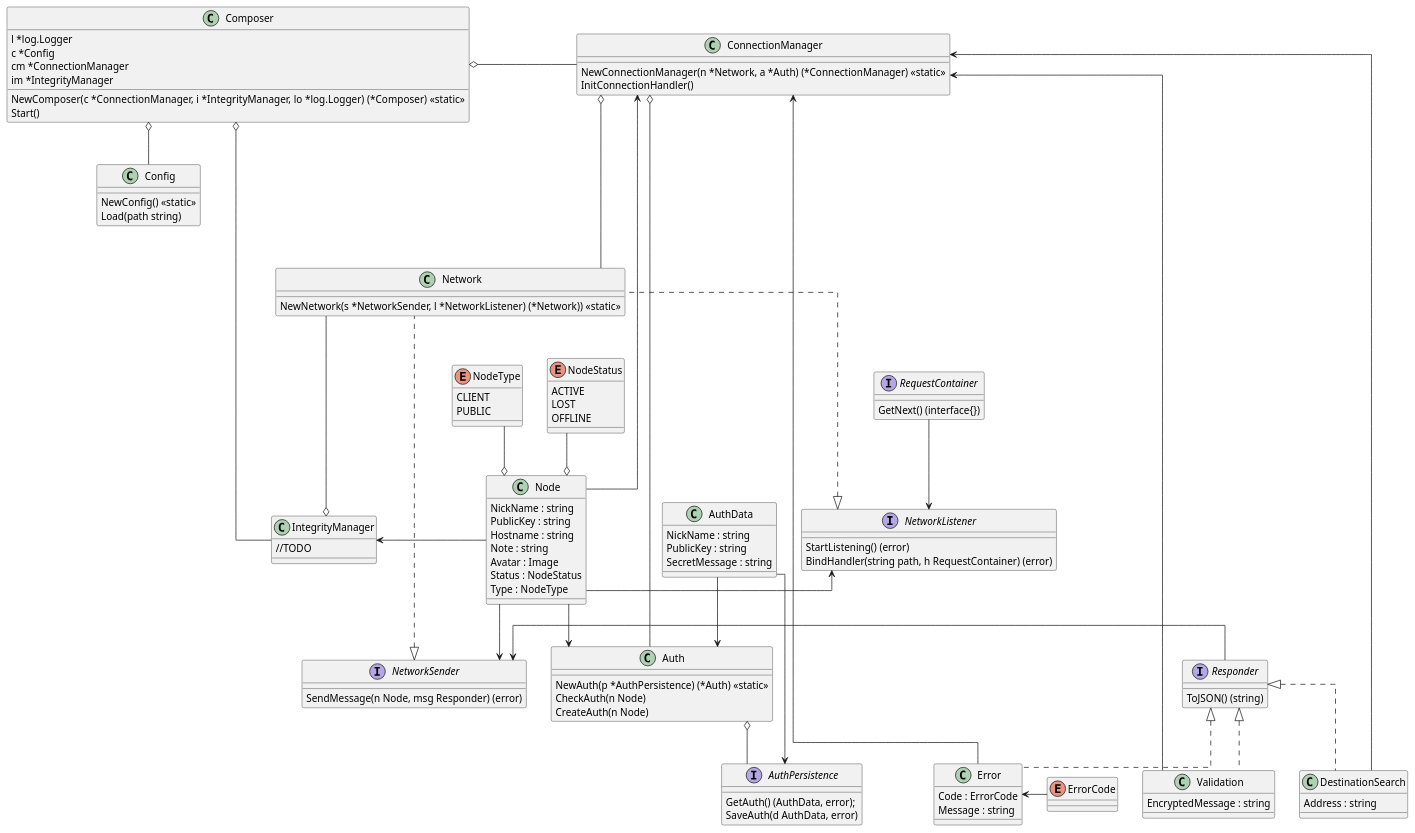
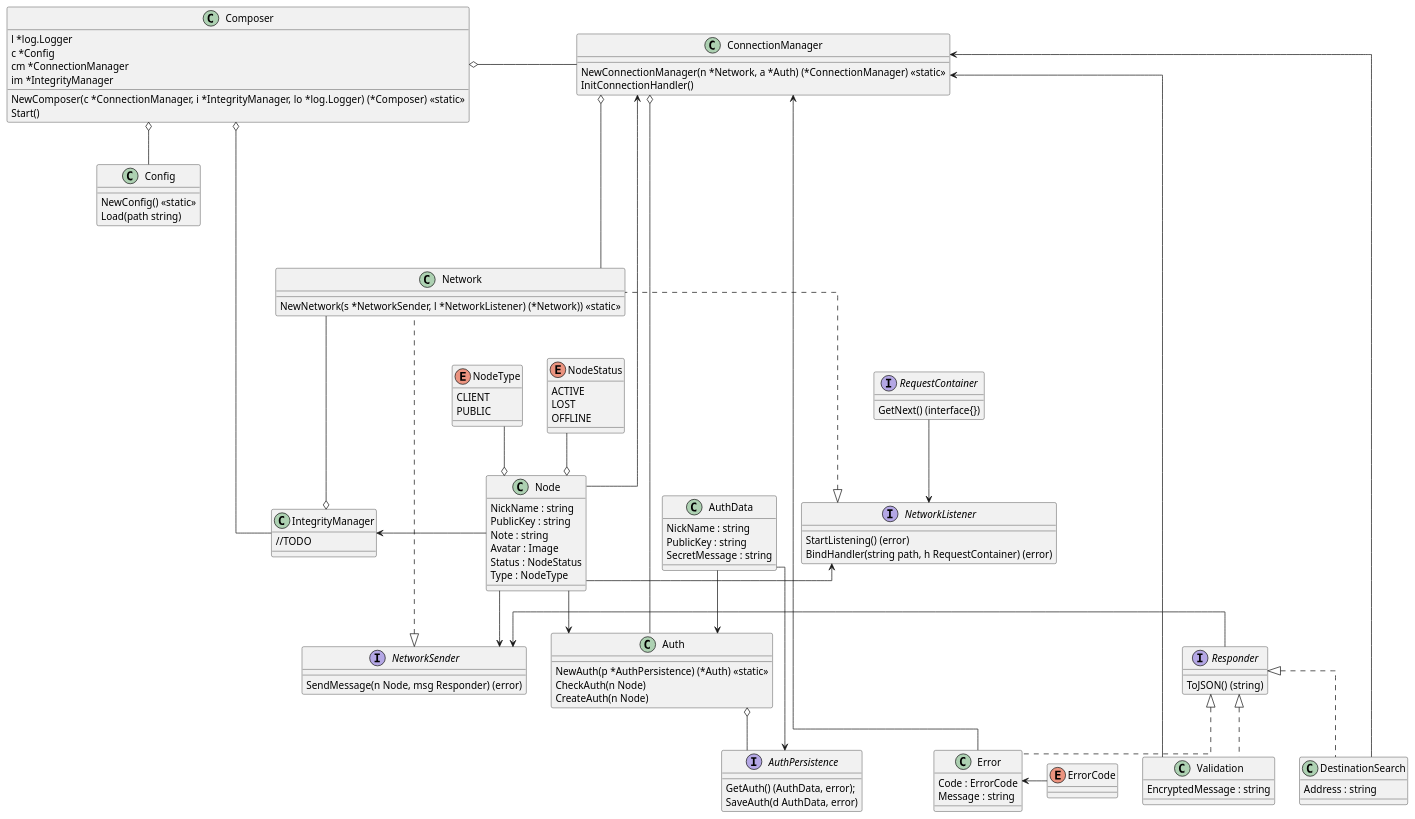
One commit to vladimish/soo changed the diagram in docs/PublicNode.puml. Above: the diagram before and after it, drawn with PlantUML. The commit also changed 24 other files, not shown here.

```diff
--- a/docs/PublicNode.puml
+++ b/docs/PublicNode.puml
@@ -1,124 +1,123 @@
 @startuml
     skinparam linetype ortho
 
     class AuthData{
         NickName : string
         PublicKey : string
         SecretMessage : string
     }
     interface NetworkListener{
         StartListening() (error)
         BindHandler(string path, h RequestContainer) (error)
     }
     interface NetworkSender{
         SendMessage(n Node, msg Responder) (error)
     }
     interface Responder{
         ToJSON() (string)
     }
     interface RequestContainer{
         GetNext() (interface{})
     }
     class Network{
         NewNetwork(s *NetworkSender, l *NetworkListener) (*Network)) <<static>>
     }
     class Auth{
         NewAuth(p *AuthPersistence) (*Auth) <<static>>
         CheckAuth(n Node)
         CreateAuth(n Node)
     }
     interface AuthPersistence{
         GetAuth() (AuthData, error);
         SaveAuth(d AuthData, error)
     }
     class IntegrityManager{
         //TODO
     }
     class Composer{
         l *log.Logger
         c *Config
         cm *ConnectionManager
         im *IntegrityManager
         NewComposer(c *ConnectionManager, i *IntegrityManager, lo *log.Logger) (*Composer) <<static>>
         Start()
     }
     class Config{
         NewConfig() <<static>>
         Load(path string)
     }
     class ConnectionManager{
         NewConnectionManager(n *Network, a *Auth) (*ConnectionManager) <<static>>
         InitConnectionHandler()
     }
 
     class Node{
         NickName : string
         PublicKey : string
-        Hostname : string
         Note : string
         Avatar : Image
         Status : NodeStatus
         Type : NodeType
     }
     enum NodeType{
         CLIENT
         PUBLIC
     }
     enum NodeStatus{
         ACTIVE
         LOST
         OFFLINE
     }
 
     class Validation{
         EncryptedMessage : string
     }
     class DestinationSearch{
         Address : string
     }
     enum ErrorCode{
     }
     class Error{
         Code : ErrorCode
         Message : string
     }
 
     ErrorCode -left-> Error
 
     Responder <|.. Validation
     Responder <|.. DestinationSearch
     Responder <|.. Error
 
     Validation -left-> ConnectionManager
     DestinationSearch -left-> ConnectionManager
     Error --> ConnectionManager
 
     NodeStatus -down-o Node
     NodeType -down-o Node
 
     RequestContainer -->NetworkListener
     Node -right-> NetworkListener
     Node --> NetworkSender
     Node -left-> IntegrityManager
     Node --> Auth
 
     NetworkListener <|.. Network
     NetworkSender <|.. Network
     Network ---o IntegrityManager
     Network -up--o ConnectionManager
 
     Responder -left-> NetworkSender
 
     Auth o-- AuthPersistence
     ConnectionManager o- Auth
 
     IntegrityManager -right-o Composer
     ConnectionManager -left-o Composer
     Config -up-o Composer
 
     Node --> ConnectionManager
 
     AuthData --> AuthPersistence
     AuthData --> Auth
 
 @enduml
```
